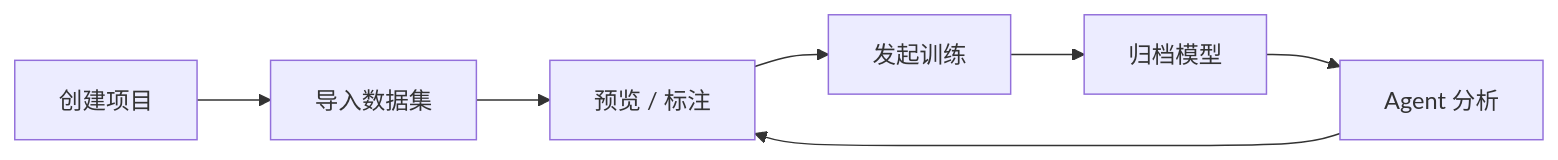
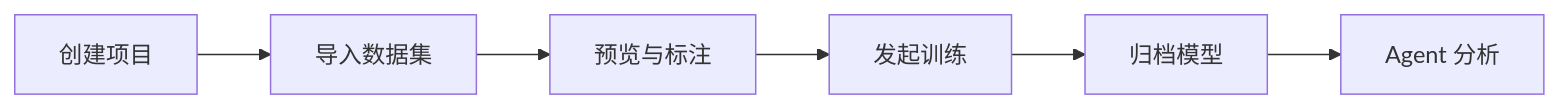
One commit to lelinhomafx4021-creator/YOLO-Agent changed the diagram in README.md. Above: the diagram before and after it, drawn with Mermaid. The commit also changed other lines of this file, not shown here.

````diff
--- a/README.md
+++ b/README.md
@@ -62,9 +39,8 @@
 ```mermaid
 flowchart LR
     A[创建项目] --> B[导入数据集]
-    B --> C[预览 / 标注]
+    B --> C[预览与标注]
     C --> D[发起训练]
     D --> E[归档模型]
     E --> F[Agent 分析]
-    F --> C
 ```
````
